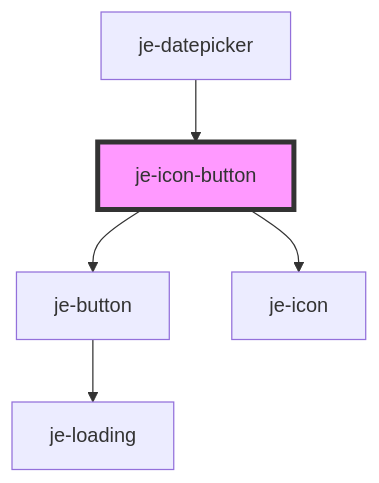
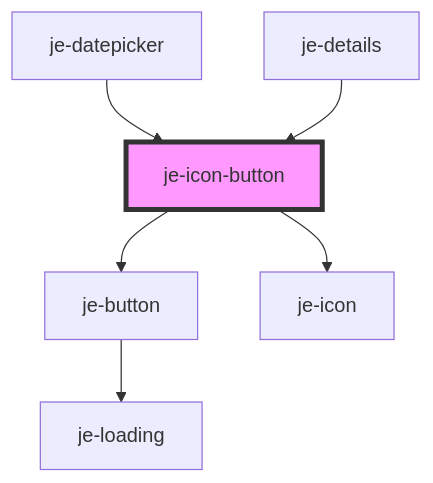
Before and after one commit to pgreen00/jebamo: the diagram in packages/docs/docs/components/je-icon-button/readme.md, drawn with Mermaid. The commit also changed other lines of this file and 39 other files, not shown here.

````diff
--- a/packages/docs/docs/components/je-icon-button/readme.md
+++ b/packages/docs/docs/components/je-icon-button/readme.md
@@ -33,8 +41,9 @@
 ```mermaid
 graph TD;
   je-icon-button --> je-button
   je-icon-button --> je-icon
   je-button --> je-loading
   je-datepicker --> je-icon-button
+  je-details --> je-icon-button
   style je-icon-button fill:#f9f,stroke:#333,stroke-width:4px
 ```
````
